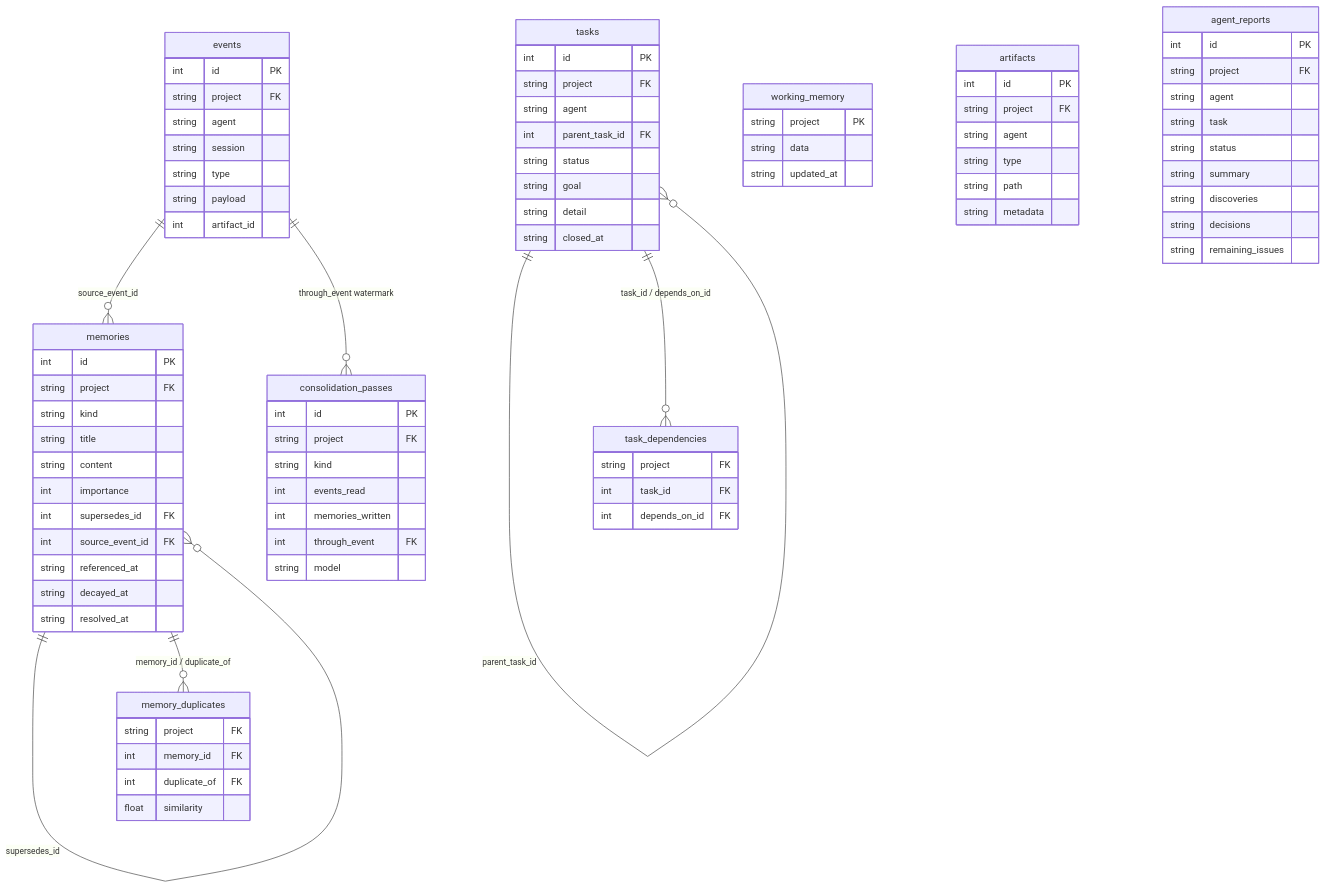
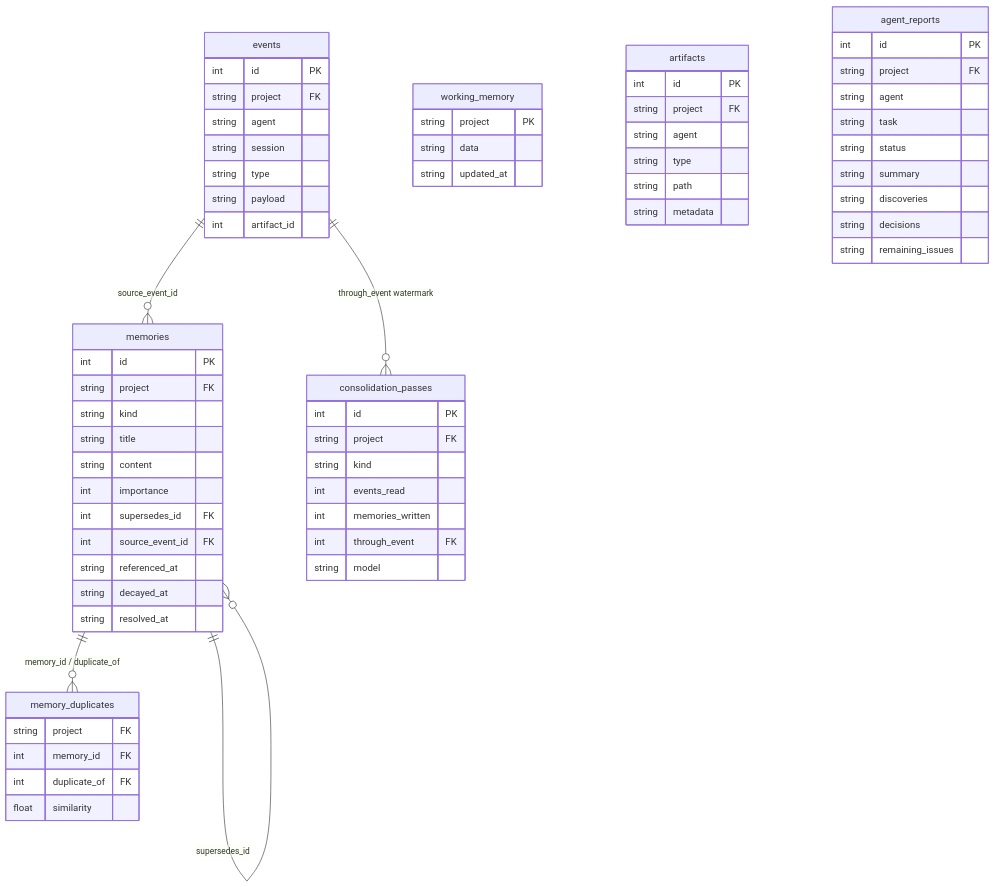
The second of 2 diagrams in docs/memory.md (leciric/agentbox), drawn with Mermaid before and after one commit. The commit also changed other lines of this file and 56 other files, not shown here.

````diff
--- a/docs/memory.md
+++ b/docs/memory.md
@@ -40,8 +38,6 @@
     memories ||--o{ memories : "supersedes_id"
     memories ||--o{ memory_duplicates : "memory_id / duplicate_of"
     events ||--o{ consolidation_passes : "through_event watermark"
-    tasks ||--o{ tasks : "parent_task_id"
-    tasks ||--o{ task_dependencies : "task_id / depends_on_id"
 
     events {
         int id PK
@@ -104,19 +100,4 @@
         int through_event FK
         string model
     }
-    tasks {
-        int id PK
-        string project FK
-        string agent
-        int parent_task_id FK
-        string status
-        string goal
-        string detail
-        string closed_at
-    }
-    task_dependencies {
-        string project FK
-        int task_id FK
-        int depends_on_id FK
-    }
 ```
````
